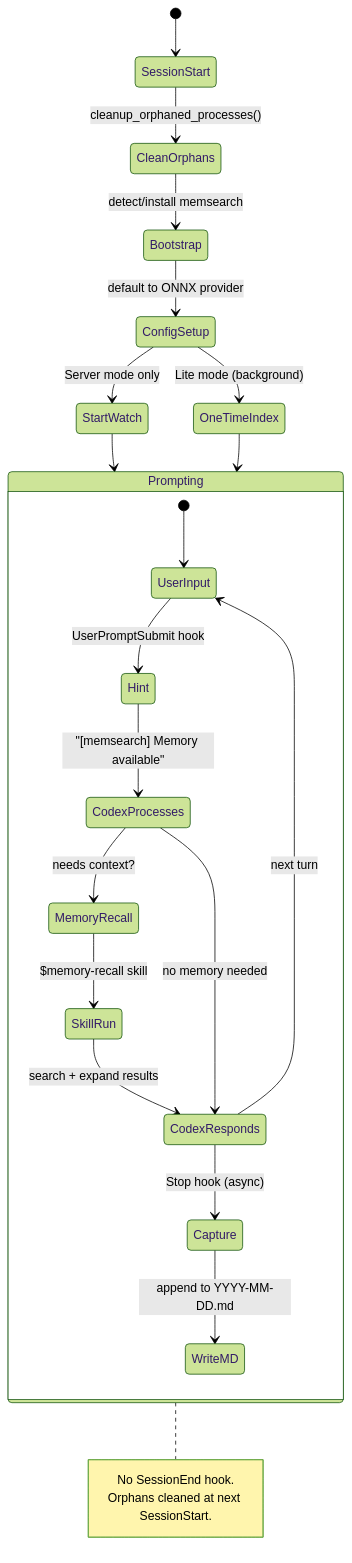
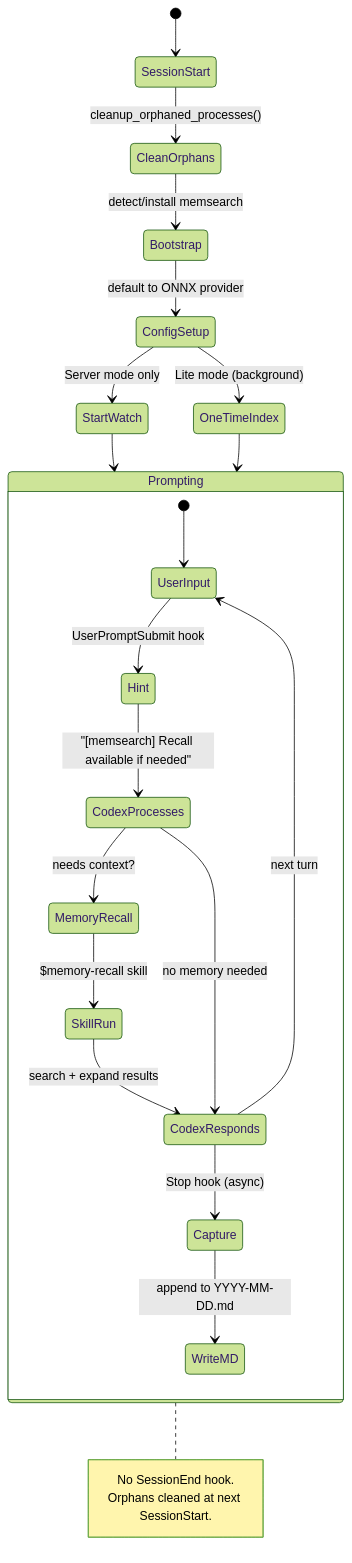
Before and after one commit to zilliztech/memsearch: the first of 2 diagrams in docs/platforms/codex/how-it-works.md, drawn with Mermaid (forest theme). The commit also changed other lines of this file and 24 other files, not shown here.

Commit message:
fix: clarify memory recall status messages

````diff
--- a/docs/platforms/codex/how-it-works.md
+++ b/docs/platforms/codex/how-it-works.md
@@ -25,30 +27,30 @@
 ```mermaid
 stateDiagram-v2
     [*] --> SessionStart
     SessionStart --> CleanOrphans: cleanup_orphaned_processes()
     CleanOrphans --> Bootstrap: detect/install memsearch
     Bootstrap --> ConfigSetup: default to ONNX provider
     ConfigSetup --> StartWatch: Server mode only
     ConfigSetup --> OneTimeIndex: Lite mode (background)
 
     state Prompting {
         [*] --> UserInput
         UserInput --> Hint: UserPromptSubmit hook
-        Hint --> CodexProcesses: "[memsearch] Memory available"
+        Hint --> CodexProcesses: "[memsearch] Recall available if needed"
         CodexProcesses --> MemoryRecall: needs context?
         MemoryRecall --> SkillRun: $memory-recall skill
         SkillRun --> CodexResponds: search + expand results
         CodexProcesses --> CodexResponds: no memory needed
         CodexResponds --> UserInput: next turn
         CodexResponds --> Capture: Stop hook (async)
         Capture --> WriteMD: append to YYYY-MM-DD.md
     }
 
     StartWatch --> Prompting
     OneTimeIndex --> Prompting
 
     note right of Prompting
       No SessionEnd hook.
       Orphans cleaned at next SessionStart.
     end note
 ```
````
